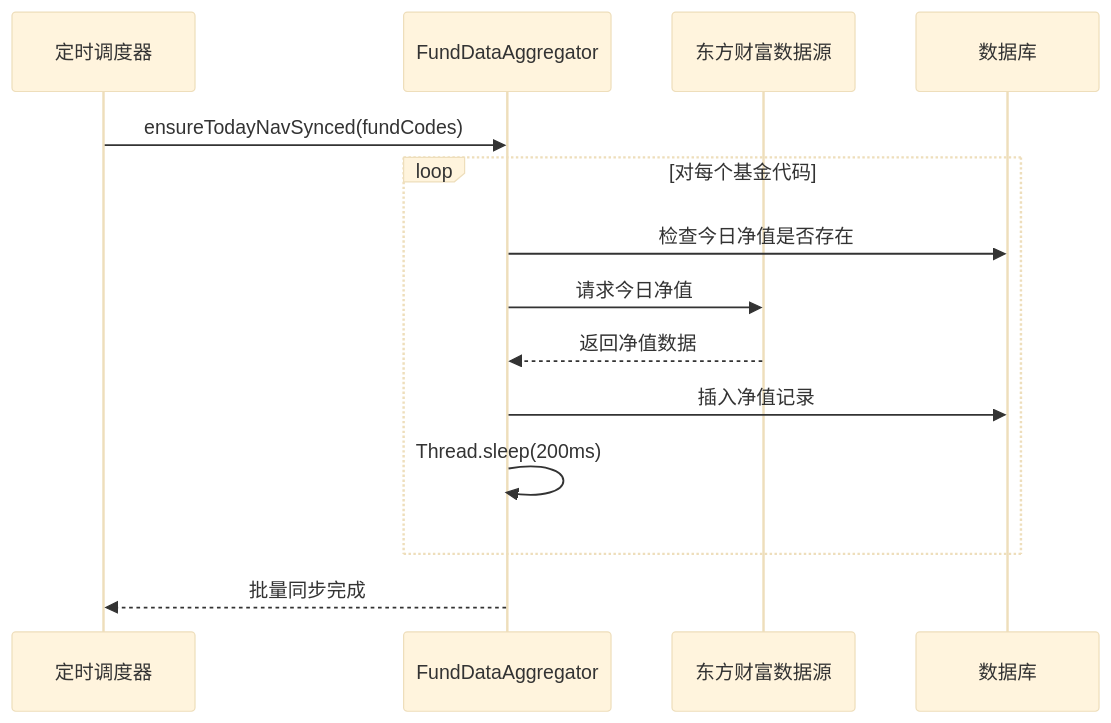
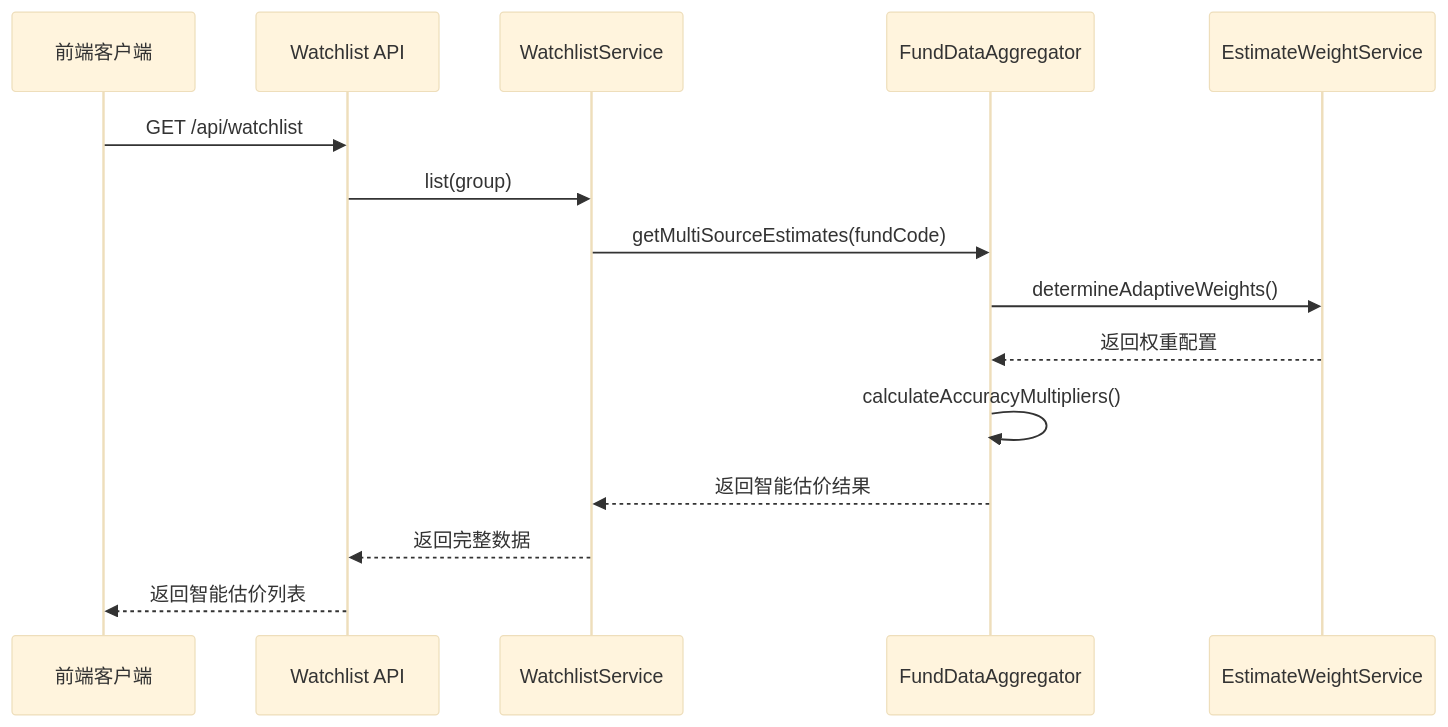
One commit to gree-coder/fund-butler changed the ninth of 10 diagrams in .qoder/repowiki/zh/content/Watchlist Enhancement.md. Above: the diagram before and after it, drawn with Mermaid (base theme). The commit also changed other lines of this file and 21 other files, not shown here.

````diff
--- a/.qoder/repowiki/zh/content/Watchlist Enhancement.md
+++ b/.qoder/repowiki/zh/content/Watchlist Enhancement.md
@@ -361,16 +406,17 @@
 ```mermaid
 sequenceDiagram
-participant Scheduler as 定时调度器
+participant Client as 前端客户端
+participant API as Watchlist API
+participant Service as WatchlistService
 participant Aggregator as FundDataAggregator
-participant DataSource as 东方财富数据源
-participant DB as 数据库
-Scheduler->>Aggregator : ensureTodayNavSynced(fundCodes)
-loop 对每个基金代码
-Aggregator->>DB : 检查今日净值是否存在
-Aggregator->>DataSource : 请求今日净值
-DataSource-->>Aggregator : 返回净值数据
-Aggregator->>DB : 插入净值记录
-Aggregator->>Aggregator : Thread.sleep(200ms)
-end
-Aggregator-->>Scheduler : 批量同步完成
+participant WeightService as EstimateWeightService
+Client->>API : GET /api/watchlist
+API->>Service : list(group)
+Service->>Aggregator : getMultiSourceEstimates(fundCode)
+Aggregator->>WeightService : determineAdaptiveWeights()
+WeightService-->>Aggregator : 返回权重配置
+Aggregator->>Aggregator : calculateAccuracyMultipliers()
+Aggregator-->>Service : 返回智能估价结果
+Service-->>API : 返回完整数据
+API-->>Client : 返回智能估价列表
 ```
````
